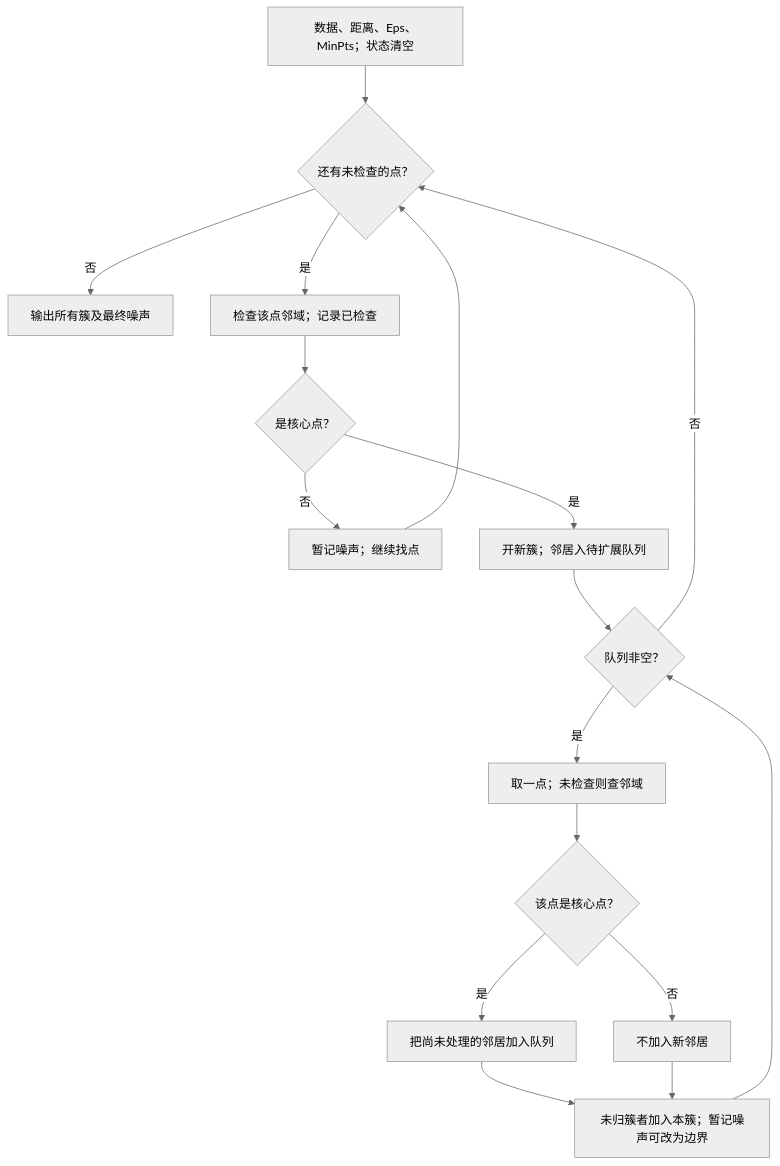
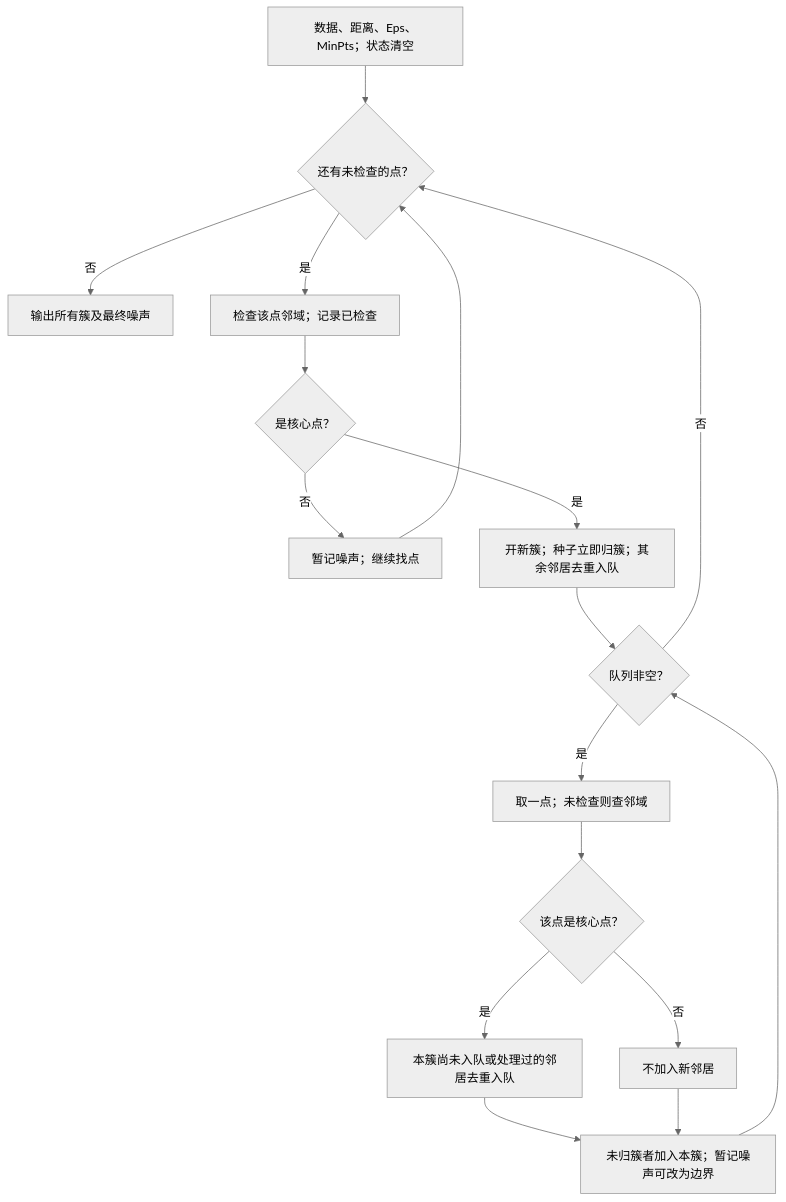
One commit to CercaTrovato/cityu-ai-course-notes changed the eighth of 11 diagrams in IS6400_Business_Data_Analytics/notes/M05-聚类-Kmeans层次与DBSCAN.md. Above: the diagram before and after it, drawn with Mermaid (neutral theme). The commit also changed other lines of this file and 2300 other files, not shown here.

First line of the commit message:
完善五课程逐页学习笔记、课件原图与修补规范

````diff
--- a/IS6400_Business_Data_Analytics/notes/M05-聚类-Kmeans层次与DBSCAN.md
+++ b/IS6400_Business_Data_Analytics/notes/M05-聚类-Kmeans层次与DBSCAN.md
@@ -2824,19 +3366,19 @@
 ```mermaid
 flowchart TD
     DS0["数据、距离、Eps、MinPts；状态清空"] --> DS1{"还有未检查的点？"}
     DS1 -->|否| DS9["输出所有簇及最终噪声"]
     DS1 -->|是| DS2["检查该点邻域；记录已检查"]
     DS2 --> DS3{"是核心点？"}
     DS3 -->|否| DS4["暂记噪声；继续找点"]
     DS4 --> DS1
-    DS3 -->|是| DS5["开新簇；邻居入待扩展队列"]
+    DS3 -->|是| DS5["开新簇；种子立即归簇；其余邻居去重入队"]
     DS5 --> DS6{"队列非空？"}
     DS6 -->|否| DS1
     DS6 -->|是| DS7["取一点；未检查则查邻域"]
     DS7 --> DS8{"该点是核心点？"}
-    DS8 -->|是| DSA["把尚未处理的邻居加入队列"]
+    DS8 -->|是| DSA["本簇尚未入队或处理过的邻居去重入队"]
     DS8 -->|否| DSB["不加入新邻居"]
     DSA --> DSC["未归簇者加入本簇；暂记噪声可改为边界"]
     DSB --> DSC
     DSC --> DS6
 ```
````
